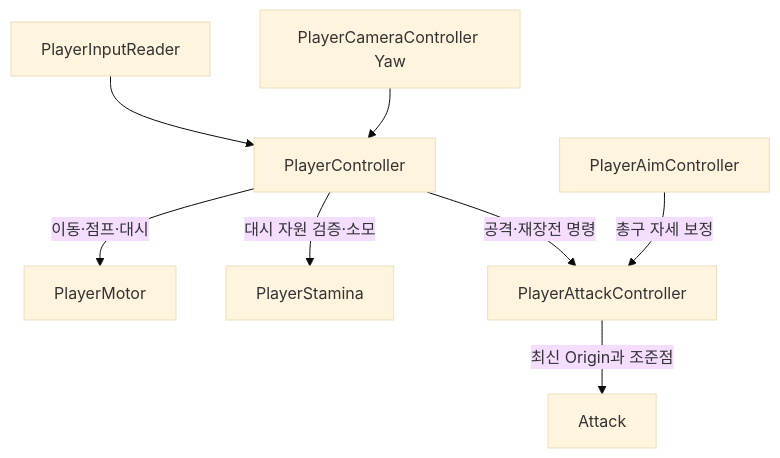
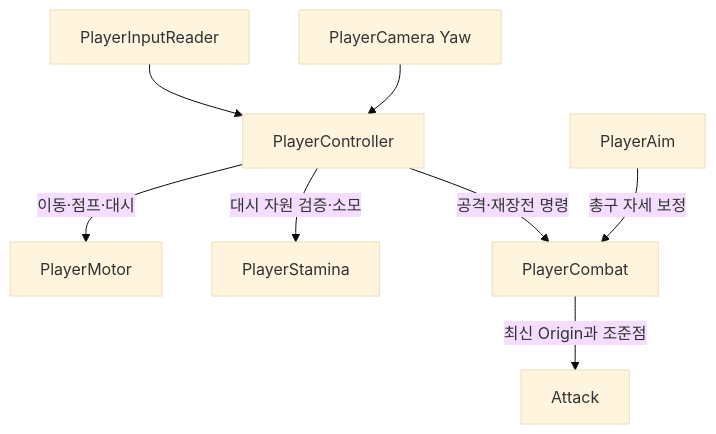
Before and after one commit to Sand-House/ProjectU: the diagram in EnhancedInput.md, drawn with Mermaid (base theme). The commit also changed other lines of this file and 19 other files, not shown here.

````diff
--- a/EnhancedInput.md
+++ b/EnhancedInput.md
@@ -21,10 +21,10 @@
 ```mermaid
 flowchart TD
     Reader[PlayerInputReader] --> Controller[PlayerController]
-    Camera[PlayerCameraController Yaw] --> Controller
+    Camera[PlayerCamera Yaw] --> Controller
     Controller -->|이동·점프·대시| Motor[PlayerMotor]
     Controller -->|대시 자원 검증·소모| Stamina[PlayerStamina]
-    Controller -->|공격·재장전 명령| Executor[PlayerAttackController]
+    Controller -->|공격·재장전 명령| Executor[PlayerCombat]
     Executor -->|최신 Origin과 조준점| Attack[Attack]
-    Aim[PlayerAimController] -->|총구 자세 보정| Executor
+    Aim[PlayerAim] -->|총구 자세 보정| Executor
 ```
````
